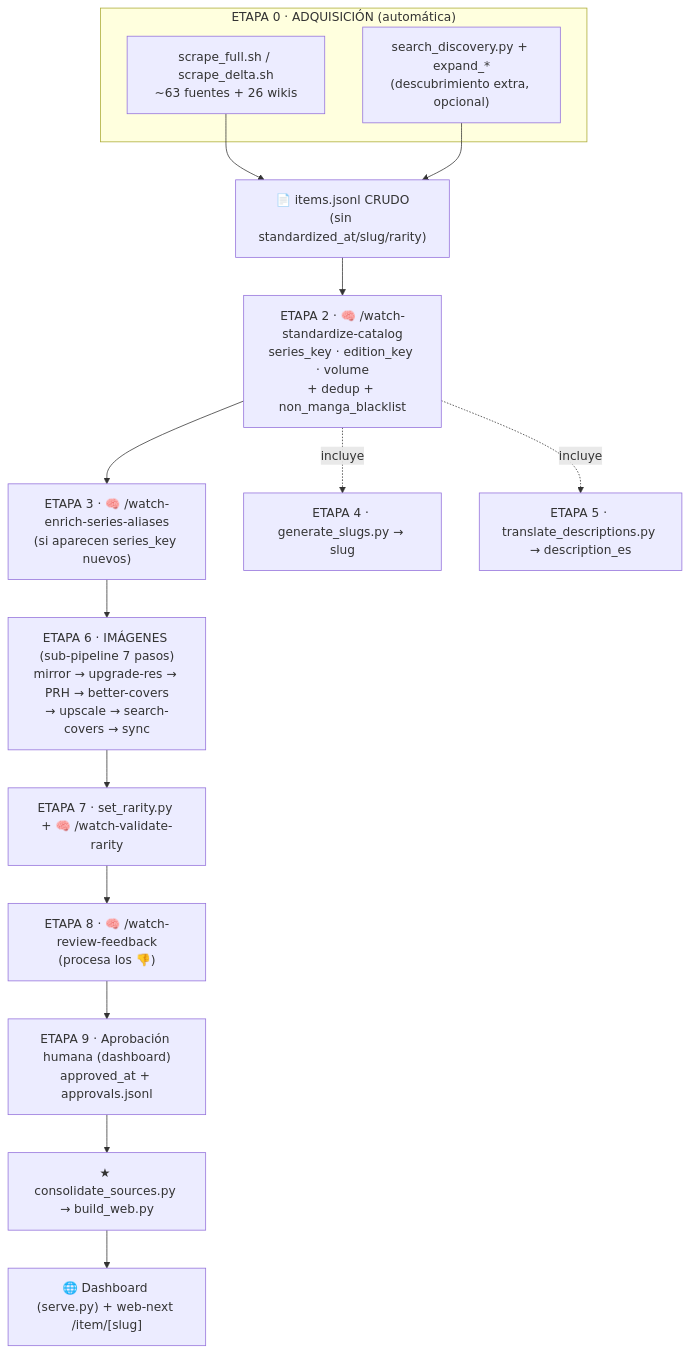
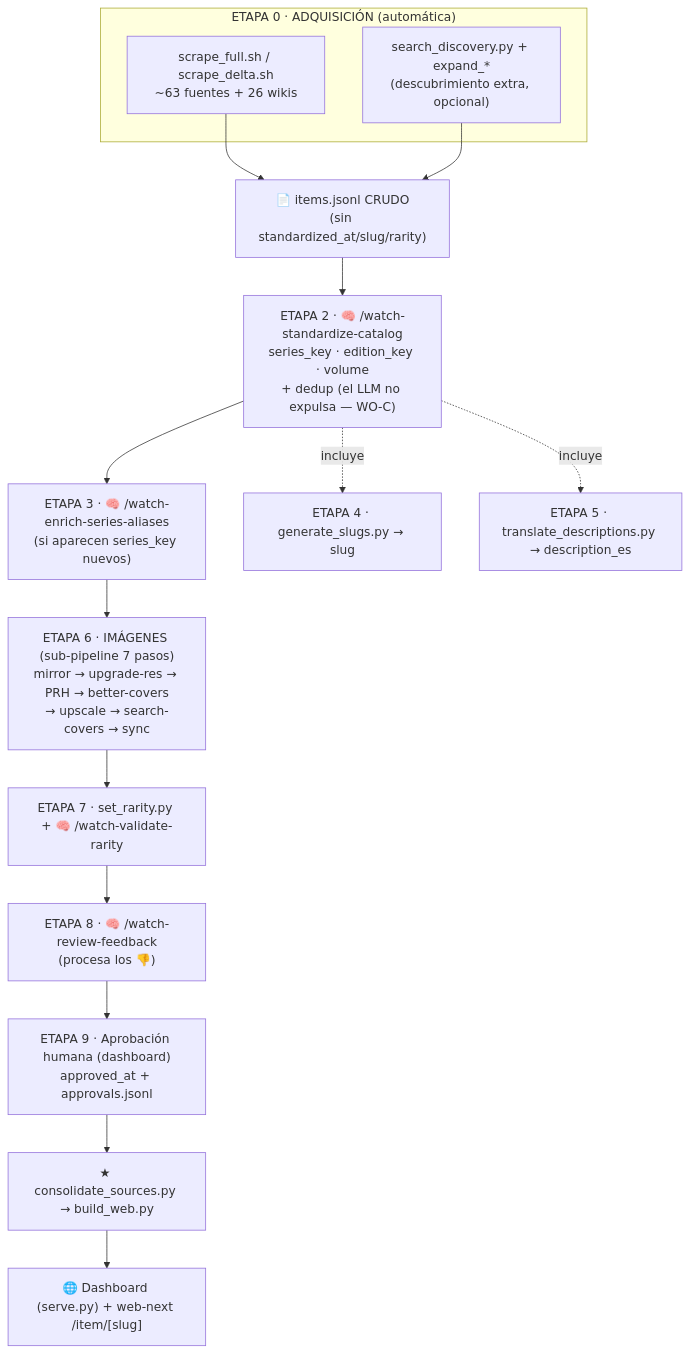
One commit to MineiToshio/PandaWatch changed the second of 6 diagrams in docs/scraper/PIPELINE-WALKTHROUGH.md. Above: the diagram before and after it, drawn with Mermaid. The commit also changed other lines of this file and 14 other files, not shown here.

````diff
--- a/docs/scraper/PIPELINE-WALKTHROUGH.md
+++ b/docs/scraper/PIPELINE-WALKTHROUGH.md
@@ -149,24 +149,24 @@
 ```mermaid
 flowchart TD
     subgraph E0["ETAPA 0 · ADQUISICIÓN (automática)"]
         SCRAPE["scrape_full.sh / scrape_delta.sh<br/>~63 fuentes + 26 wikis"]
         DISC["search_discovery.py + expand_*<br/>(descubrimiento extra, opcional)"]
     end
     SCRAPE --> RAW
     DISC --> RAW
     RAW["📄 items.jsonl CRUDO<br/>(sin standardized_at/slug/rarity)"]
 
-    RAW --> E2["ETAPA 2 · 🧠 /watch-standardize-catalog<br/>series_key · edition_key · volume<br/>+ dedup + non_manga_blacklist"]
+    RAW --> E2["ETAPA 2 · 🧠 /watch-standardize-catalog<br/>series_key · edition_key · volume<br/>+ dedup (el LLM no expulsa — WO-C)"]
     E2 --> E3["ETAPA 3 · 🧠 /watch-enrich-series-aliases<br/>(si aparecen series_key nuevos)"]
     E2 -.incluye.-> E4["ETAPA 4 · generate_slugs.py → slug"]
     E2 -.incluye.-> E5["ETAPA 5 · translate_descriptions.py → description_es"]
 
     E3 --> E6
     E6["ETAPA 6 · IMÁGENES (sub-pipeline 7 pasos)<br/>mirror → upgrade-res → PRH → better-covers<br/>→ upscale → search-covers → sync"]
     E6 --> E7["ETAPA 7 · set_rarity.py + 🧠 /watch-validate-rarity"]
     E7 --> E8["ETAPA 8 · 🧠 /watch-review-feedback<br/>(procesa los 👎)"]
     E8 --> E9["ETAPA 9 · Aprobación humana (dashboard)<br/>approved_at + approvals.jsonl"]
 
     E9 --> BUILD["★ consolidate_sources.py → build_web.py"]
     BUILD --> PUB["🌐 Dashboard (serve.py) + web-next /item/[slug]"]
 ```
````
